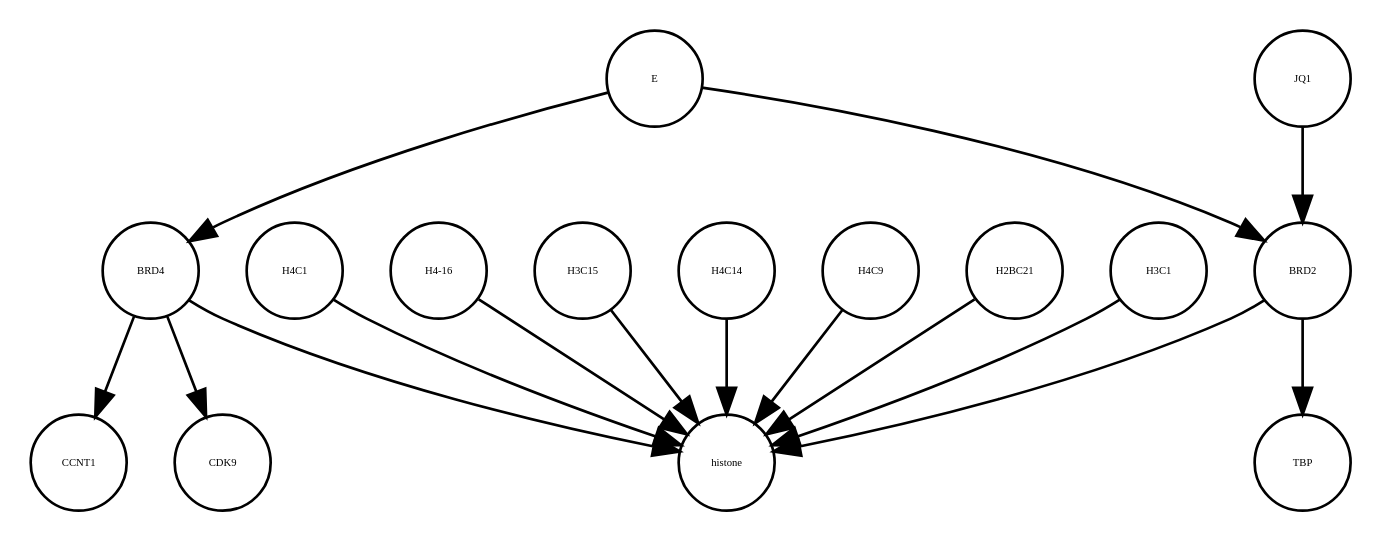
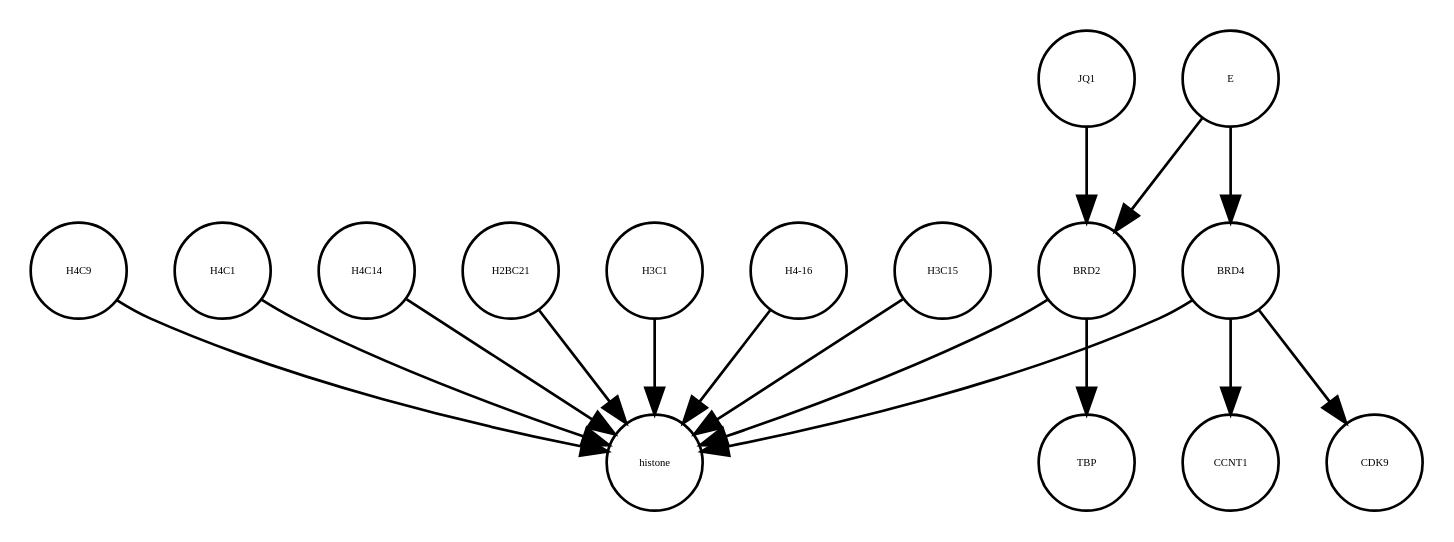
The diagram in E_SARS_CoV_2_22_05_2020.xml_projected.dot (cannin/covid19-sbgn), drawn with Graphviz before and after one commit. The commit also changed other lines of this file and 613 other files, not shown here.

```diff
--- a/E_SARS_CoV_2_22_05_2020.xml_projected.dot
+++ b/E_SARS_CoV_2_22_05_2020.xml_projected.dot
@@ -1,32 +1,32 @@
 strict digraph  {
+histone [annotation="", bipartite=0, cls=complex, fontsize=4, label=histone, shape=circle];
+H4C1 [annotation="", bipartite=0, cls=macromolecule, fontsize=4, label=H4C1, shape=circle];
+E [annotation=urn_miriam_ncbiprotein_BCD58755, bipartite=0, cls=macromolecule, fontsize=4, label=E, shape=circle];
+H4C14 [annotation="", bipartite=0, cls=macromolecule, fontsize=4, label=H4C14, shape=circle];
+CCNT1 [annotation="", bipartite=0, cls=macromolecule, fontsize=4, label=CCNT1, shape=circle];
+H2BC21 [annotation="", bipartite=0, cls=macromolecule, fontsize=4, label=H2BC21, shape=circle];
+H3C1 [annotation="", bipartite=0, cls=macromolecule, fontsize=4, label=H3C1, shape=circle];
 TBP [annotation="", bipartite=0, cls=macromolecule, fontsize=4, label=TBP, shape=circle];
-BRD4 [annotation="", bipartite=0, cls=macromolecule, fontsize=4, label=BRD4, shape=circle];
-H4C1 [annotation="", bipartite=0, cls=macromolecule, fontsize=4, label=H4C1, shape=circle];
 "H4-16" [annotation="", bipartite=0, cls=macromolecule, fontsize=4, label="H4-16", shape=circle];
-histone [annotation="", bipartite=0, cls=complex, fontsize=4, label=histone, shape=circle];
+BRD2 [annotation="", bipartite=0, cls=macromolecule, fontsize=4, label=BRD2, shape=circle];
 H3C15 [annotation="", bipartite=0, cls=macromolecule, fontsize=4, label=H3C15, shape=circle];
-CCNT1 [annotation="", bipartite=0, cls=macromolecule, fontsize=4, label=CCNT1, shape=circle];
-CDK9 [annotation="", bipartite=0, cls=macromolecule, fontsize=4, label=CDK9, shape=circle];
-H4C14 [annotation="", bipartite=0, cls=macromolecule, fontsize=4, label=H4C14, shape=circle];
 JQ1 [annotation="", bipartite=0, cls=macromolecule, fontsize=4, label=JQ1, shape=circle];
 H4C9 [annotation="", bipartite=0, cls=macromolecule, fontsize=4, label=H4C9, shape=circle];
-H2BC21 [annotation="", bipartite=0, cls=macromolecule, fontsize=4, label=H2BC21, shape=circle];
-BRD2 [annotation="", bipartite=0, cls=macromolecule, fontsize=4, label=BRD2, shape=circle];
-H3C1 [annotation="", bipartite=0, cls=macromolecule, fontsize=4, label=H3C1, shape=circle];
-E [annotation=urn_miriam_ncbiprotein_BCD58755, bipartite=0, cls=macromolecule, fontsize=4, label=E, shape=circle];
-BRD4 -> CCNT1  [annotation="", interaction_type=catalysis];
+BRD4 [annotation="", bipartite=0, cls=macromolecule, fontsize=4, label=BRD4, shape=circle];
+CDK9 [annotation="", bipartite=0, cls=macromolecule, fontsize=4, label=CDK9, shape=circle];
+H4C1 -> histone  [annotation="", interaction_type=production];
+E -> BRD2  [annotation="urn_miriam_doi_10.1038%2Fs41586-020-2286-9|urn_miriam_doi_10.1080%2F15592294.2018.1469891", interaction_type=inhibition];
+E -> BRD4  [annotation="urn_miriam_doi_10.1038%2Fs41586-020-2286-9", interaction_type=inhibition];
+H4C14 -> histone  [annotation="", interaction_type=production];
+H2BC21 -> histone  [annotation="", interaction_type=production];
+H3C1 -> histone  [annotation="", interaction_type=production];
+"H4-16" -> histone  [annotation="", interaction_type=production];
+BRD2 -> histone  [annotation="urn_miriam_doi_10.1038%2Fnsmb.3228.|urn_miriam_doi_10.1016%2Fj.molcel.2008.01.018", interaction_type=catalysis];
+BRD2 -> TBP  [annotation="urn_miriam_doi_10.1007%2Fs11010-006-9223-6", interaction_type=catalysis];
+H3C15 -> histone  [annotation="", interaction_type=production];
+JQ1 -> BRD2  [annotation="urn_miriam_doi_10.1038%2Fs41586-020-2286-9|urn_miriam_doi_10.1080%2F15592294.2018.1469891", interaction_type=inhibition];
+H4C9 -> histone  [annotation="", interaction_type=production];
 BRD4 -> CDK9  [annotation=urn_miriam_taxonomy_10090, interaction_type=catalysis];
 BRD4 -> histone  [annotation="urn_miriam_doi_10.1038%2Fnsmb.3228.|urn_miriam_doi_10.1016%2Fj.molcel.2008.01.018", interaction_type=catalysis];
-H4C1 -> histone  [annotation="", interaction_type=production];
-"H4-16" -> histone  [annotation="", interaction_type=production];
-H3C15 -> histone  [annotation="", interaction_type=production];
-H4C14 -> histone  [annotation="", interaction_type=production];
-JQ1 -> BRD2  [annotation="urn_miriam_doi_10.1038%2Fs41586-020-2286-9|urn_miriam_doi_10.1080%2F15592294.2018.1469891", interaction_type=inhibition];
-H4C9 -> histone  [annotation="", interaction_type=production];
-H2BC21 -> histone  [annotation="", interaction_type=production];
-BRD2 -> TBP  [annotation="urn_miriam_doi_10.1007%2Fs11010-006-9223-6", interaction_type=catalysis];
-BRD2 -> histone  [annotation="urn_miriam_doi_10.1038%2Fnsmb.3228.|urn_miriam_doi_10.1016%2Fj.molcel.2008.01.018", interaction_type=catalysis];
-H3C1 -> histone  [annotation="", interaction_type=production];
-E -> BRD2  [annotation="urn_miriam_doi_10.1038%2Fs41586-020-2286-9|urn_miriam_doi_10.1080%2F15592294.2018.1469891", interaction_type=inhibition];
-E -> BRD4  [annotation="urn_miriam_doi_10.1038%2Fs41586-020-2286-9", interaction_type=inhibition];
+BRD4 -> CCNT1  [annotation="", interaction_type=catalysis];
 }
```
